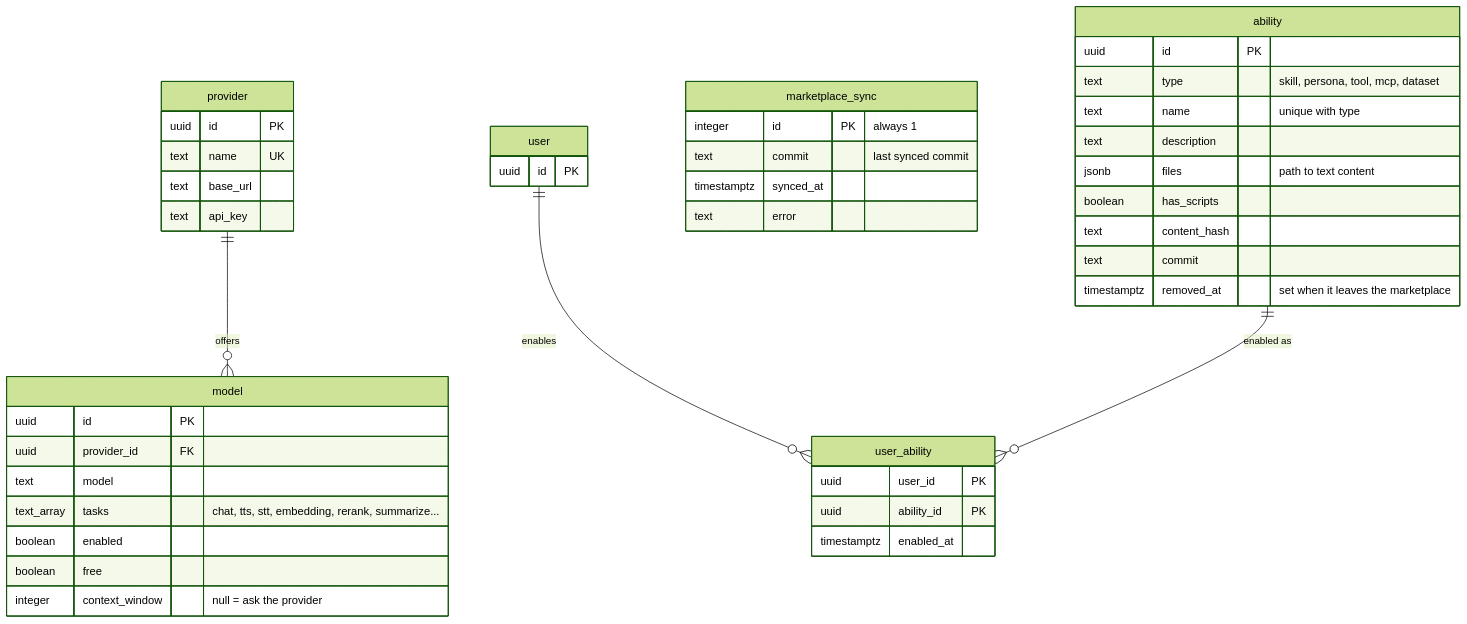
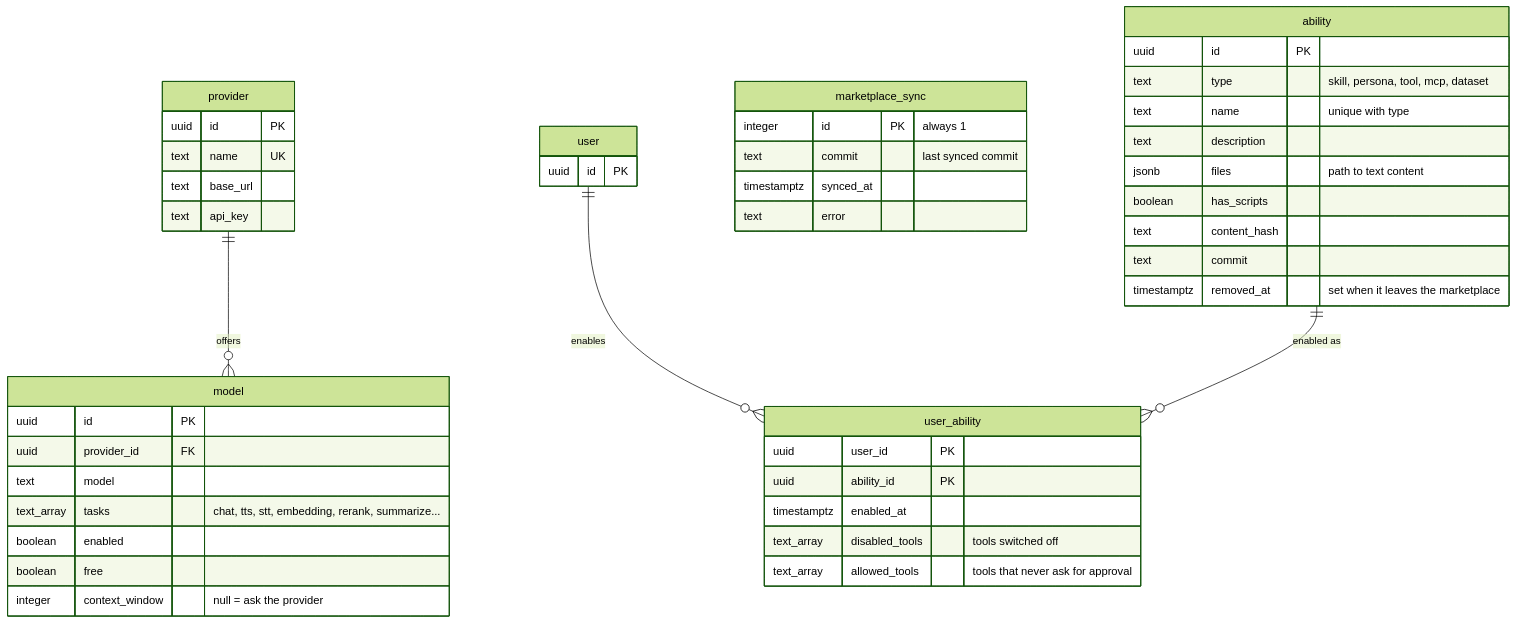
The third of 5 diagrams in docs/development/database.md (SubZtep/kaja), drawn with Mermaid (forest theme) before and after one commit. The commit also changed other lines of this file and 129 other files, not shown here.

````diff
--- a/docs/development/database.md
+++ b/docs/development/database.md
@@ -186,52 +186,54 @@
 ```mermaid
 erDiagram
   provider {
     uuid id PK
     text name UK
     text base_url
     text api_key
   }
 
   model {
     uuid id PK
     uuid provider_id FK
     text model
     text_array tasks "chat, tts, stt, embedding, rerank, summarize..."
     boolean enabled
     boolean free
     integer context_window "null = ask the provider"
   }
 
   ability {
     uuid id PK
     text type "skill, persona, tool, mcp, dataset"
     text name "unique with type"
     text description
     jsonb files "path to text content"
     boolean has_scripts
     text content_hash
     text commit
     timestamptz removed_at "set when it leaves the marketplace"
   }
 
   user_ability {
     uuid user_id PK
     uuid ability_id PK
     timestamptz enabled_at
+    text_array disabled_tools "tools switched off"
+    text_array allowed_tools "tools that never ask for approval"
   }
 
   marketplace_sync {
     integer id PK "always 1"
     text commit "last synced commit"
     timestamptz synced_at
     text error
   }
 
   user {
     uuid id PK
   }
 
   provider ||--o{ model : offers
   user ||--o{ user_ability : enables
   ability ||--o{ user_ability : "enabled as"
 ```
````
